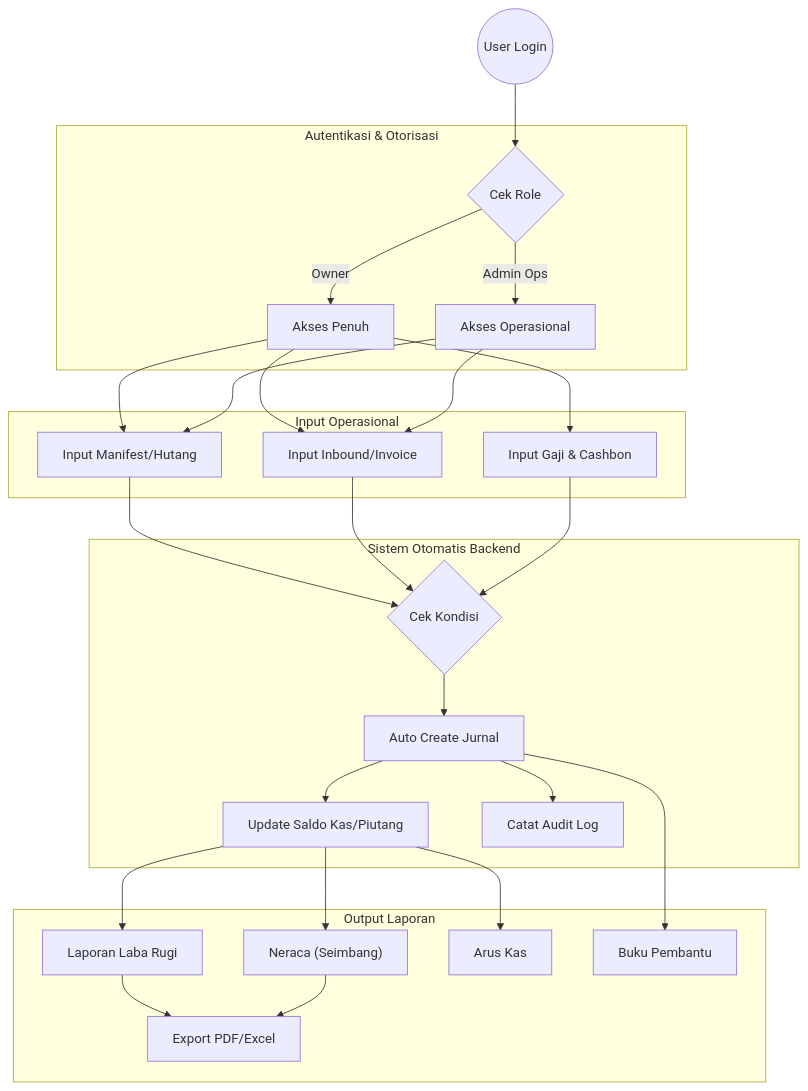
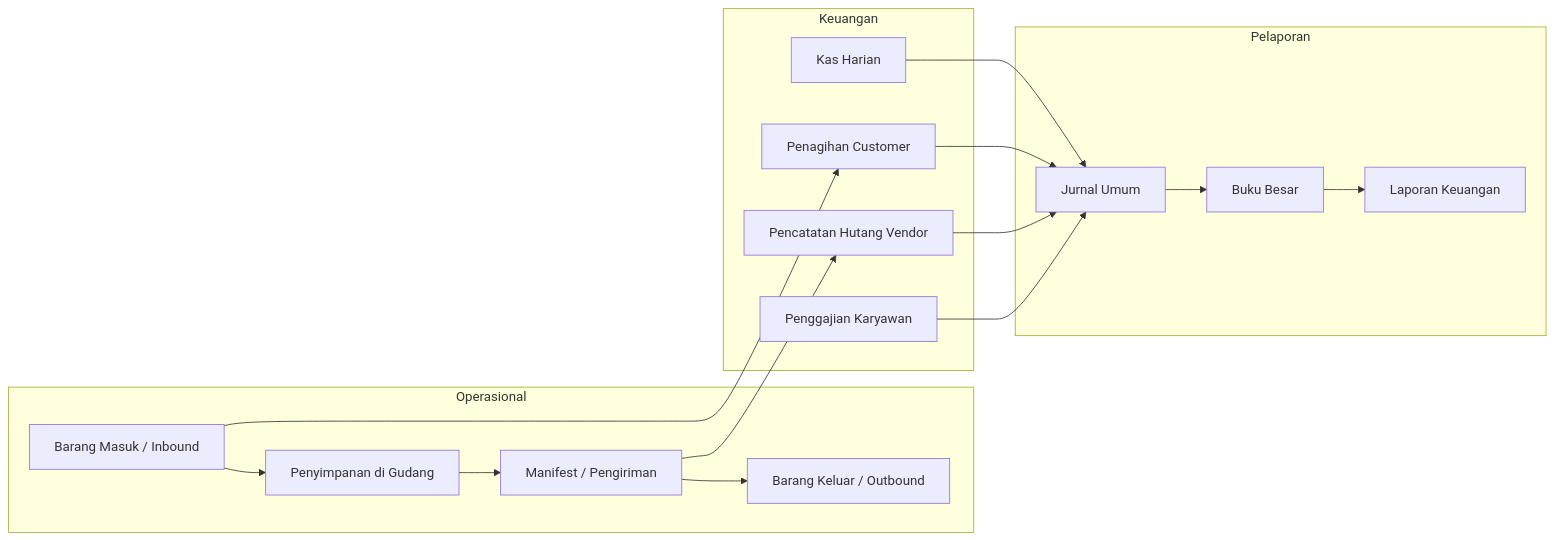
One commit to bmmcargo/dashboard-accountant changed the first of 7 diagrams in README.md. Above: the diagram before and after it, drawn with Mermaid. The commit also changed other lines of this file, not shown here.

````diff
--- a/README.md
+++ b/README.md
@@ -214,53 +127,30 @@
 ```mermaid
-graph TD
-    User((User Login))
-
-    subgraph Auth ["Autentikasi & Otorisasi"]
-        R{Cek Role}
-        R -->|Owner| FullAccess[Akses Penuh]
-        R -->|Admin Ops| LimitedAccess[Akses Operasional]
+graph LR
+    subgraph Operasional
+        A[Barang Masuk / Inbound] --> B[Penyimpanan di Gudang]
+        B --> C[Manifest / Pengiriman]
+        C --> D[Barang Keluar / Outbound]
     end
 
-    subgraph InputOps ["Input Operasional"]
-        A[Input Manifest/Hutang]
-        B[Input Inbound/Invoice]
-        C[Input Gaji & Cashbon]
+    subgraph Keuangan
+        E[Pencatatan Hutang Vendor]
+        F[Penagihan Customer]
+        G[Penggajian Karyawan]
+        H[Kas Harian]
     end
 
-    subgraph BackendSys ["Sistem Otomatis Backend"]
-        D{Cek Kondisi}
-        E[Auto Create Jurnal]
-        F[Update Saldo Kas/Piutang]
-        AL[Catat Audit Log]
+    subgraph Pelaporan
+        I[Jurnal Umum]
+        J[Buku Besar]
+        K[Laporan Keuangan]
     end
 
-    subgraph OutputRep ["Output Laporan"]
-        G[Laporan Laba Rugi]
-        H["Neraca (Seimbang)"]
-        I[Arus Kas]
-        J[Buku Pembantu]
-        EX[Export PDF/Excel]
-    end
-
-    User --> R
-    FullAccess --> A
-    FullAccess --> B
-    FullAccess --> C
-    LimitedAccess --> A
-    LimitedAccess --> B
-
-    A --> D
-    B --> D
-    C --> D
-
-    D --> E
-    E --> F
-    E --> AL
-
-    F --> G
-    F --> H
+    A --> F
+    C --> E
+    G --> I
+    E --> I
     F --> I
-    E --> J
-    G --> EX
-    H --> EX
+    H --> I
+    I --> J
+    J --> K
 ```
````
